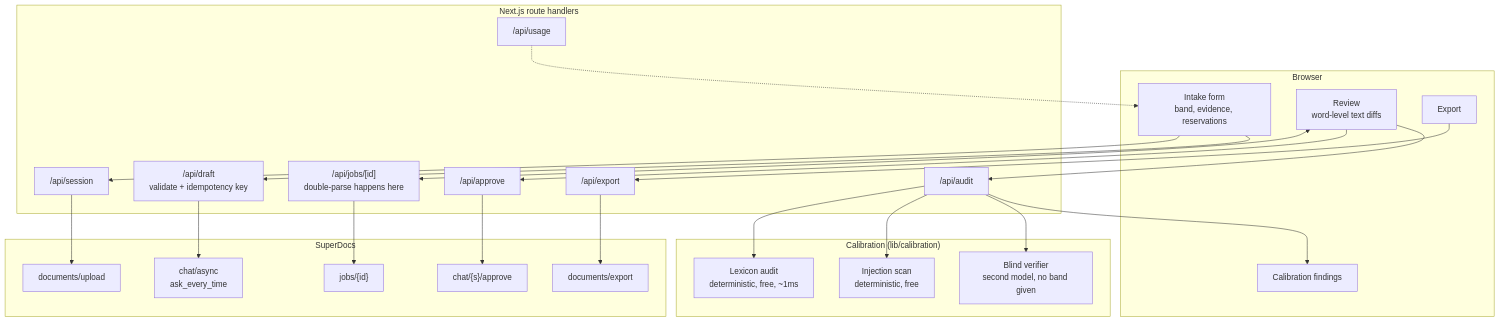
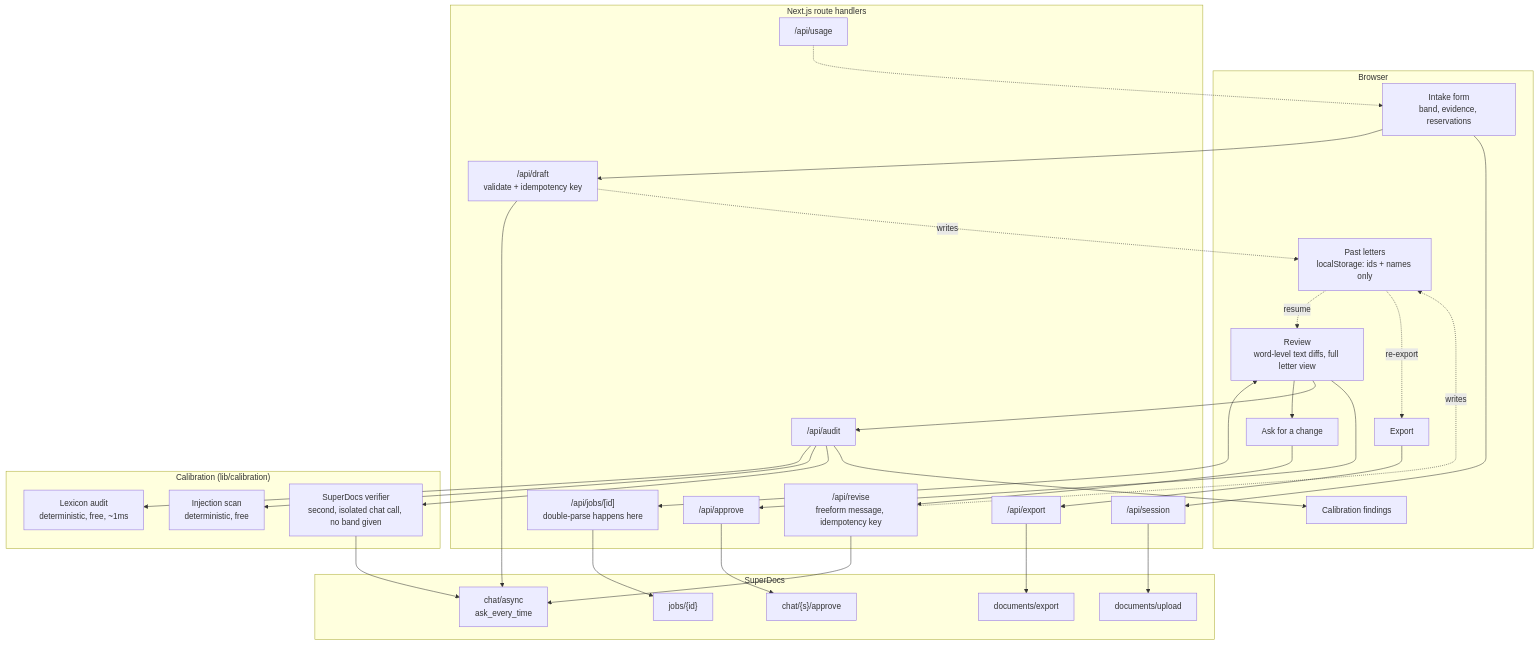
Before and after one commit to superdocsapp/superdocs-builds: the diagram in use-cases/Mindless-Magnet/reference-letter-drafter/docs/architecture.md, drawn with Mermaid. The commit also changed other lines of this file and 18 other files, not shown here.

First line of the commit message:
Add letter view, chat-based revisions, letter history, and UI polish

````diff
--- a/use-cases/Mindless-Magnet/reference-letter-drafter/docs/architecture.md
+++ b/use-cases/Mindless-Magnet/reference-letter-drafter/docs/architecture.md
@@ -8,50 +8,61 @@
 ```mermaid
 flowchart TB
     subgraph browser["Browser"]
         FORM["Intake form<br/>band, evidence, reservations"]
-        REVIEW["Review<br/>word-level text diffs"]
+        REVIEW["Review<br/>word-level text diffs, full letter view"]
         FINDINGS["Calibration findings"]
+        REVISEBOX["Ask for a change"]
         EXPORT["Export"]
+        HISTORY["Past letters<br/>localStorage: ids + names only"]
     end
 
     subgraph server["Next.js route handlers"]
         SESSION["/api/session"]
         DRAFT["/api/draft<br/>validate + idempotency key"]
+        REVISEAPI["/api/revise<br/>freeform message, idempotency key"]
         JOBS["/api/jobs/[id]<br/>double-parse happens here"]
         AUDIT["/api/audit"]
         APPROVE["/api/approve"]
         EXPORTAPI["/api/export"]
         USAGE["/api/usage"]
     end
 
     subgraph calib["Calibration (lib/calibration)"]
         LEX["Lexicon audit<br/>deterministic, free, ~1ms"]
         INJ["Injection scan<br/>deterministic, free"]
-        VER["Blind verifier<br/>second model, no band given"]
+        VER["SuperDocs verifier<br/>second, isolated chat call, no band given"]
     end
 
     subgraph sd["SuperDocs"]
         SDUP["documents/upload"]
         SDCHAT["chat/async<br/>ask_every_time"]
         SDJOB["jobs/{id}"]
         SDAPP["chat/{s}/approve"]
         SDEXP["documents/export"]
     end
 
     FORM --> DRAFT
     FORM --> SESSION
     SESSION --> SDUP
     DRAFT --> SDCHAT
+    DRAFT -.writes.-> HISTORY
+    REVISEBOX --> REVISEAPI
+    REVISEAPI --> SDCHAT
+    REVISEAPI -.writes.-> HISTORY
     JOBS --> SDJOB
     REVIEW <--> JOBS
+    REVIEW --> REVISEBOX
     REVIEW --> AUDIT
     AUDIT --> LEX
     AUDIT --> INJ
     AUDIT --> VER
+    VER --> SDCHAT
     AUDIT --> FINDINGS
     REVIEW --> APPROVE
     APPROVE --> SDAPP
     EXPORT --> EXPORTAPI
     EXPORTAPI --> SDEXP
+    HISTORY -.resume.-> REVIEW
+    HISTORY -.re-export.-> EXPORT
     USAGE -.-> FORM
 ```
````
